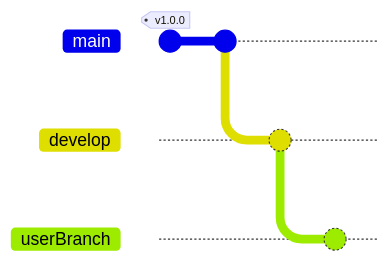
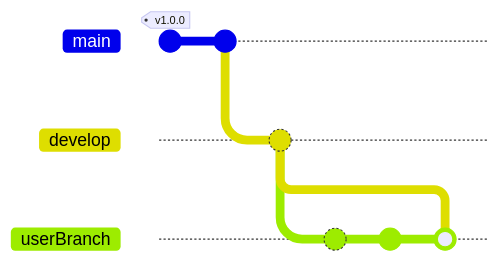
The second of 2 diagrams in README.md (TheNefelin/BootcApp), drawn with Mermaid before and after one commit. Commit ids are hidden.

Commit message:
Security in Grade List

````diff
--- a/README.md
+++ b/README.md
@@ -26,11 +26,14 @@
 ```mermaid
 gitGraph
     commit id: "init" tag: "v1.0.0"
     commit
     branch develop
     checkout develop
     commit id: "new develop branch"
     branch userBranch
     checkout userBranch
     commit id: "new user branch"
+    commit id: "new modify"
+    checkout userBranch
+    merge develop
 ```
````
